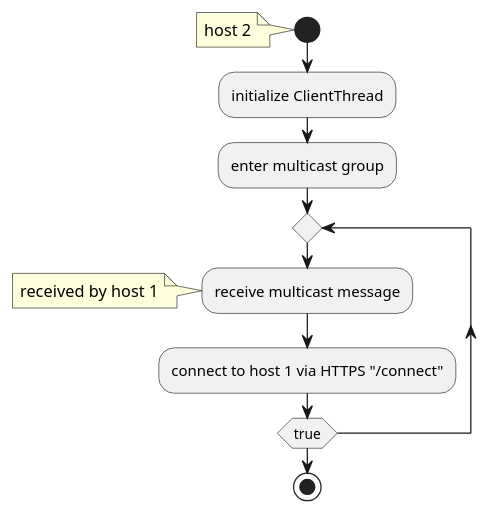
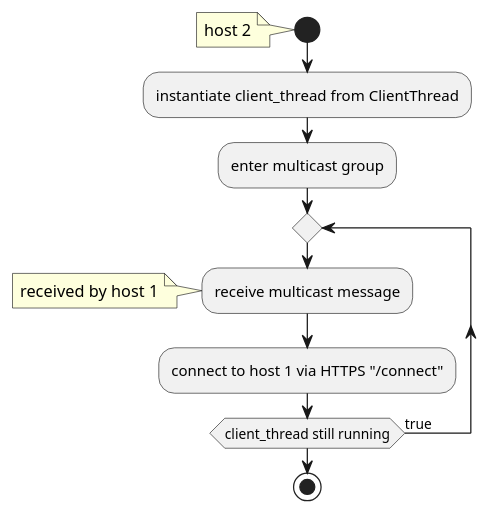
The diagram in docs/discovery_2.plantuml (henriwahl-iu/FileSwoosh), drawn with PlantUML before and after one commit. The commit also changed 3 other files, not shown here.

```diff
--- a/docs/discovery_2.plantuml
+++ b/docs/discovery_2.plantuml
@@ -1,18 +1,18 @@
 @startuml
 start
     note left
         host 2
     end note
 
-:initialize ClientThread;
+:instantiate client_thread from ClientThread;
 :enter multicast group;
 repeat
     :receive multicast message;
     note left
         received by host 1
     end note
     :connect to host 1 via HTTPS "/connect";
-repeat while (true)
+repeat while (client_thread still running) is (true)
 
 stop
 @enduml
```
